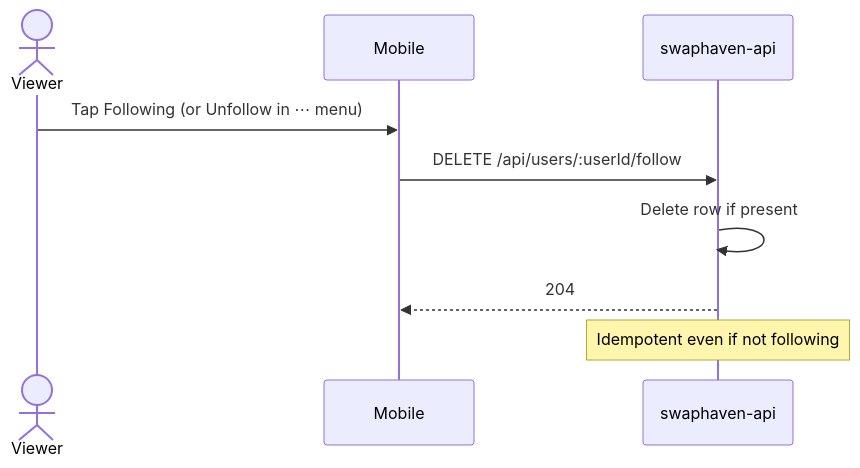
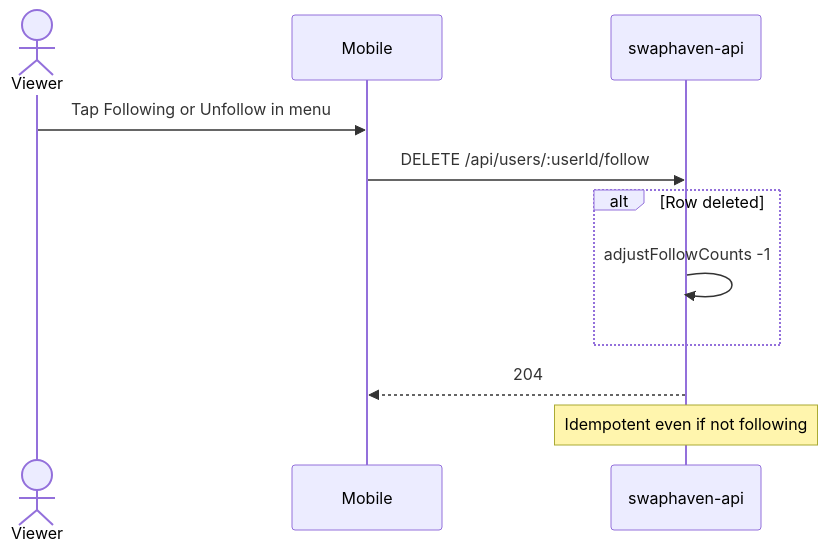
The fifth of 13 diagrams in docs/FOLLOW_FEATURE.md (barterinfo/swaphaven-backend), drawn with Mermaid before and after one commit. The commit also changed other lines of this file and 2 other files, not shown here.

````diff
--- a/docs/FOLLOW_FEATURE.md
+++ b/docs/FOLLOW_FEATURE.md
@@ -204,12 +227,14 @@
 ```mermaid
 sequenceDiagram
   actor U as Viewer
   participant App as Mobile
   participant API as swaphaven-api
 
-  U->>App: Tap Following (or Unfollow in ⋯ menu)
+  U->>App: Tap Following or Unfollow in menu
   App->>API: DELETE /api/users/:userId/follow
-  API->>API: Delete row if present
+  alt Row deleted
+    API->>API: adjustFollowCounts -1
+  end
   API-->>App: 204
   Note over API: Idempotent even if not following
 ```
````
